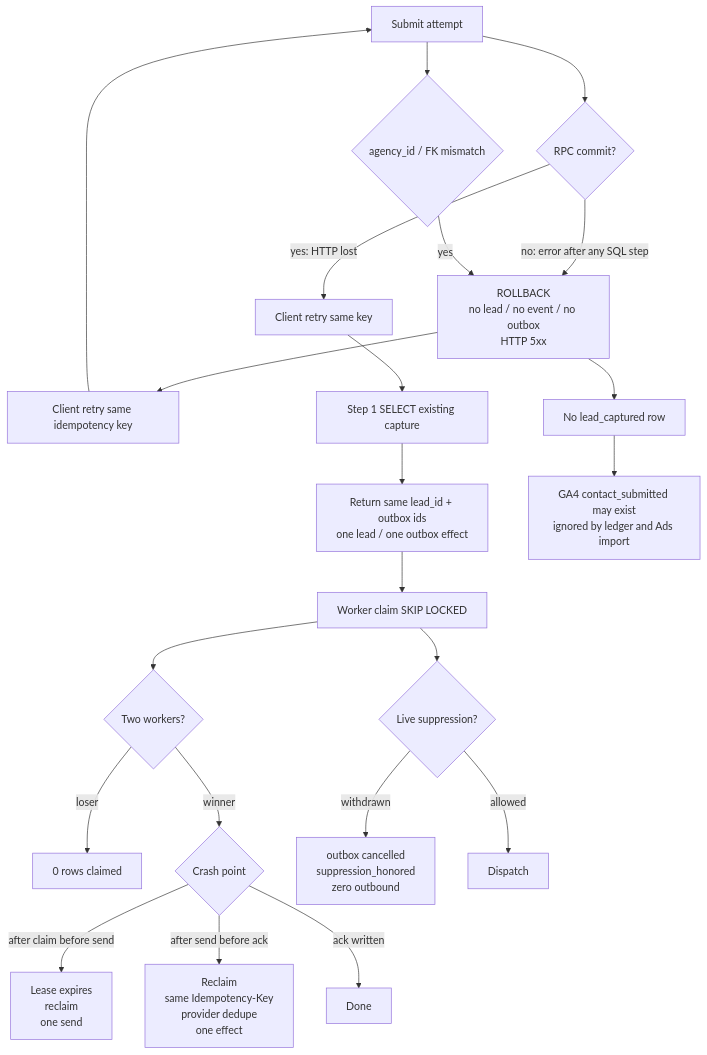
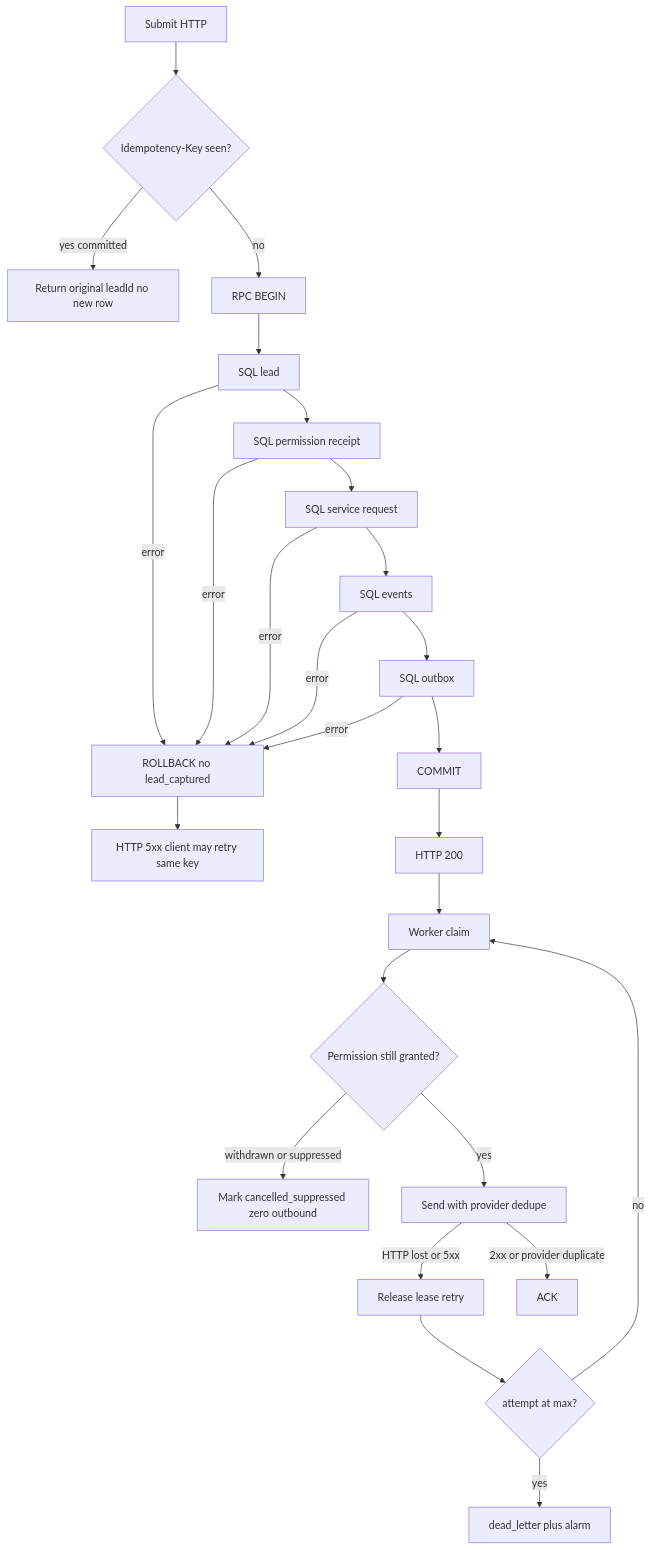
The second of 2 diagrams in docs/architecture/seller-trust-event-reliability-contract.md (onlinovosk-bit/RealitkaAI), drawn with Mermaid before and after one commit. The commit also changed other lines of this file, not shown here.

Commit message:
docs(architecture): seller-trust event reliability contract (L17 STF-P0)

````diff
--- a/docs/architecture/seller-trust-event-reliability-contract.md
+++ b/docs/architecture/seller-trust-event-reliability-contract.md
@@ -714,30 +309,28 @@
 ```mermaid
 flowchart TD
-  A[Submit attempt] --> B{RPC commit?}
-  B -->|no: error after any SQL step| C[ROLLBACK<br/>no lead / no event / no outbox<br/>HTTP 5xx]
-  C --> D[Client retry same idempotency key]
-  D --> A
-
-  B -->|yes: HTTP lost| E[Client retry same key]
-  E --> F[Step 1 SELECT existing capture]
-  F --> G[Return same lead_id + outbox ids<br/>one lead / one outbox effect]
-
-  G --> H[Worker claim SKIP LOCKED]
-  H --> I{Two workers?}
-  I -->|loser| J[0 rows claimed]
-  I -->|winner| K{Crash point}
-
-  K -->|after claim before send| L[Lease expires<br/>reclaim<br/>one send]
-  K -->|after send before ack| M[Reclaim<br/>same Idempotency-Key<br/>provider dedupe<br/>one effect]
-  K -->|ack written| N[Done]
-
-  H --> O{Live suppression?}
-  O -->|withdrawn| P[outbox cancelled<br/>suppression_honored<br/>zero outbound]
-  O -->|allowed| Q[Dispatch]
-
-  A --> R{agency_id / FK mismatch}
-  R -->|yes| C
-
-  C --> S[No lead_captured row]
-  S --> T[GA4 contact_submitted may exist<br/>ignored by ledger and Ads import]
+  A[Submit HTTP] --> B{Idempotency-Key seen?}
+  B -->|yes committed| R200[Return original leadId no new row]
+  B -->|no| C[RPC BEGIN]
+  C --> D[SQL lead]
+  D -->|error| X[ROLLBACK no lead_captured]
+  D --> E[SQL permission receipt]
+  E -->|error| X
+  E --> F[SQL service request]
+  F -->|error| X
+  F --> G[SQL events]
+  G -->|error| X
+  G --> H[SQL outbox]
+  H -->|error| X
+  H --> I[COMMIT]
+  I --> J[HTTP 200]
+  J --> K[Worker claim]
+  K --> L{Permission still granted?}
+  L -->|withdrawn or suppressed| M[Mark cancelled_suppressed zero outbound]
+  L -->|yes| N[Send with provider dedupe]
+  N -->|HTTP lost or 5xx| O[Release lease retry]
+  N -->|2xx or provider duplicate| P[ACK]
+  O --> Q{attempt at max?}
+  Q -->|no| K
+  Q -->|yes| DLQ[dead_letter plus alarm]
+  X --> R5[HTTP 5xx client may retry same key]
 ```
````
